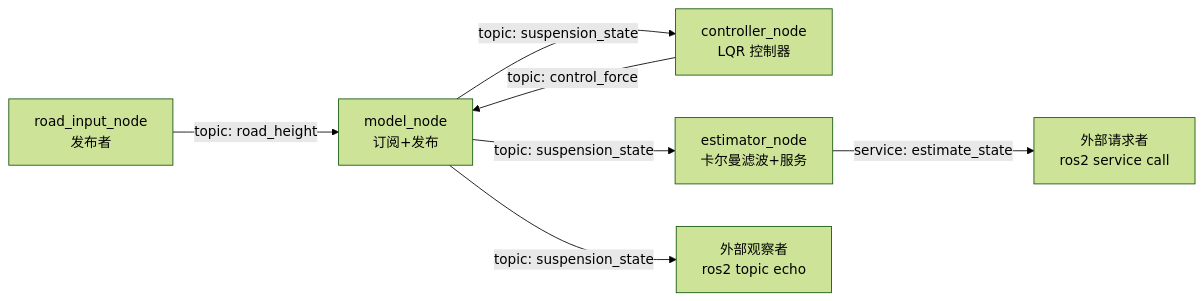
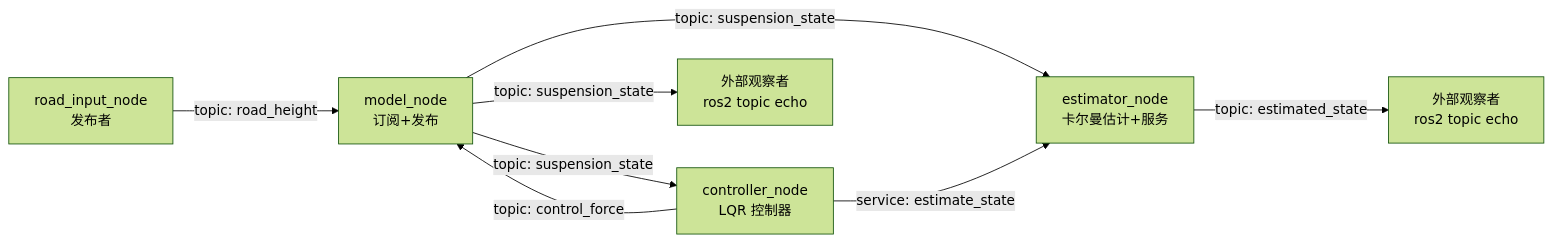
Before and after one commit to lilctrbl/ros2cplus_suspension_sim: the first of 2 diagrams in RUNNING.md, drawn with Mermaid (forest theme). The commit also changed other lines of this file and 8 other files, not shown here.

````diff
--- a/RUNNING.md
+++ b/RUNNING.md
@@ -38,9 +40,10 @@
 ```mermaid
 graph LR
     A[road_input_node<br/>发布者] -->|topic: road_height| C[model_node<br/>订阅+发布]
     C -->|topic: suspension_state| D[controller_node<br/>LQR 控制器]
+    C -->|topic: suspension_state| E[estimator_node<br/>卡尔曼估计+服务]
     D -->|topic: control_force| C
-    C -->|topic: suspension_state| E[estimator_node<br/>卡尔曼滤波+服务]
-    C -->|topic: suspension_state| F[外部观察者<br/>ros2 topic echo]
-    E -->|service: estimate_state| G[外部请求者<br/>ros2 service call]
+    D -->|service: estimate_state| E
+    E -->|topic: estimated_state| F[外部观察者<br/>ros2 topic echo]
+    C -->|topic: suspension_state| G[外部观察者<br/>ros2 topic echo]
 ```
````
